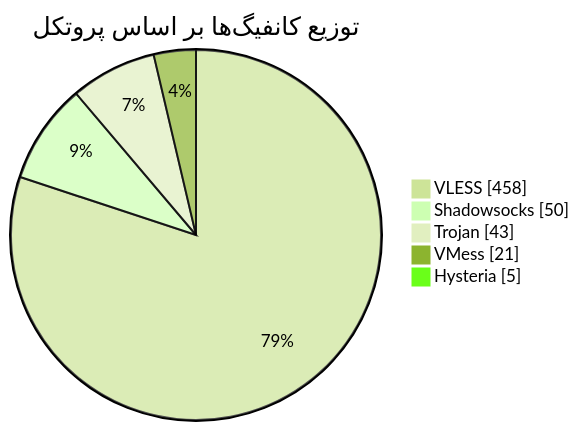
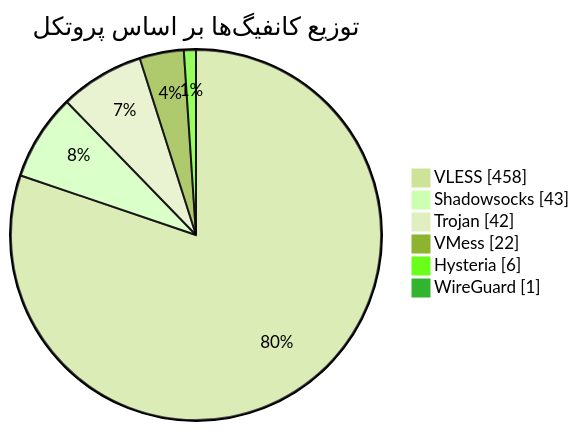
Before and after one commit to Arian-Alijani/Somthing: the diagram in README.md, drawn with Mermaid (forest theme). The commit also changed other lines of this file and 83 other files, not shown here.

````diff
--- a/README.md
+++ b/README.md
@@ -47,9 +48,10 @@
 ```mermaid
 pie showData
     title توزیع کانفیگ‌ها بر اساس پروتکل
     "VLESS" : 458
-    "Shadowsocks" : 50
-    "Trojan" : 43
-    "VMess" : 21
-    "Hysteria" : 5
+    "Shadowsocks" : 43
+    "Trojan" : 42
+    "VMess" : 22
+    "Hysteria" : 6
+    "WireGuard" : 1
 ```
````
